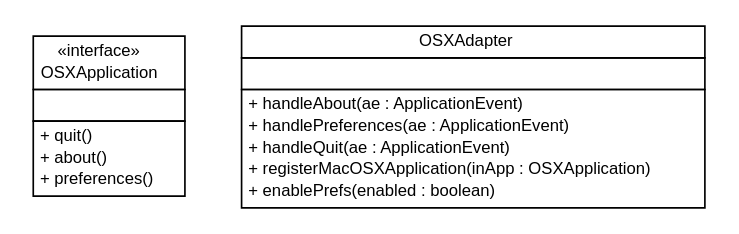
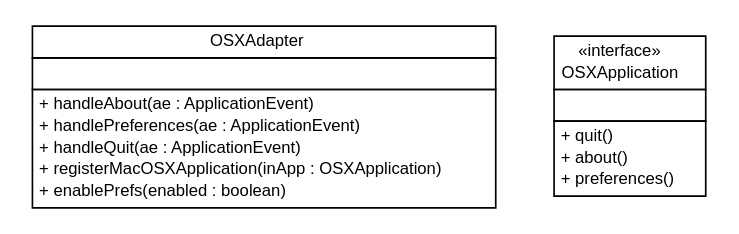
The diagram in apidocs/sorcer/ssb/osx/sorcer.ssb.osx.dot (sorcersoft/sorcersoft.github.io), drawn with Graphviz before and after one commit. The commit also changed 5034 other files, not shown here.

```diff
--- a/apidocs/sorcer/ssb/osx/sorcer.ssb.osx.dot
+++ b/apidocs/sorcer/ssb/osx/sorcer.ssb.osx.dot
@@ -1,43 +1,43 @@
 #!/usr/local/bin/dot
 #
 # Class diagram 
 # Generated by UMLGraph version R5_6 (http://www.umlgraph.org/)
 #
 
 digraph G {
 	edge [fontname="Helvetica",fontsize=10,labelfontname="Helvetica",labelfontsize=10];
 	node [fontname="Helvetica",fontsize=10,shape=plaintext];
 	nodesep=0.25;
 	ranksep=0.5;
-	// sorcer.ssb.osx.OSXApplication
-	c57179 [label=<<table title="sorcer.ssb.osx.OSXApplication" border="0" cellborder="1" cellspacing="0" cellpadding="2" port="p" href="./OSXApplication.html">
-		<tr><td><table border="0" cellspacing="0" cellpadding="1">
-<tr><td align="center" balign="center"> &#171;interface&#187; </td></tr>
-<tr><td align="center" balign="center"> OSXApplication </td></tr>
-		</table></td></tr>
-		<tr><td><table border="0" cellspacing="0" cellpadding="1">
-<tr><td align="left" balign="left">  </td></tr>
-		</table></td></tr>
-		<tr><td><table border="0" cellspacing="0" cellpadding="1">
-<tr><td align="left" balign="left"> + quit() </td></tr>
-<tr><td align="left" balign="left"> + about() </td></tr>
-<tr><td align="left" balign="left"> + preferences() </td></tr>
-		</table></td></tr>
-		</table>>, URL="./OSXApplication.html", fontname="Helvetica", fontcolor="black", fontsize=10.0];
 	// sorcer.ssb.osx.OSXAdapter
-	c57180 [label=<<table title="sorcer.ssb.osx.OSXAdapter" border="0" cellborder="1" cellspacing="0" cellpadding="2" port="p" href="./OSXAdapter.html">
+	c64398 [label=<<table title="sorcer.ssb.osx.OSXAdapter" border="0" cellborder="1" cellspacing="0" cellpadding="2" port="p" href="./OSXAdapter.html">
 		<tr><td><table border="0" cellspacing="0" cellpadding="1">
 <tr><td align="center" balign="center"> OSXAdapter </td></tr>
 		</table></td></tr>
 		<tr><td><table border="0" cellspacing="0" cellpadding="1">
 <tr><td align="left" balign="left">  </td></tr>
 		</table></td></tr>
 		<tr><td><table border="0" cellspacing="0" cellpadding="1">
 <tr><td align="left" balign="left"> + handleAbout(ae : ApplicationEvent) </td></tr>
 <tr><td align="left" balign="left"> + handlePreferences(ae : ApplicationEvent) </td></tr>
 <tr><td align="left" balign="left"> + handleQuit(ae : ApplicationEvent) </td></tr>
 <tr><td align="left" balign="left"> + registerMacOSXApplication(inApp : OSXApplication) </td></tr>
 <tr><td align="left" balign="left"> + enablePrefs(enabled : boolean) </td></tr>
 		</table></td></tr>
 		</table>>, URL="./OSXAdapter.html", fontname="Helvetica", fontcolor="black", fontsize=10.0];
+	// sorcer.ssb.osx.OSXApplication
+	c64399 [label=<<table title="sorcer.ssb.osx.OSXApplication" border="0" cellborder="1" cellspacing="0" cellpadding="2" port="p" href="./OSXApplication.html">
+		<tr><td><table border="0" cellspacing="0" cellpadding="1">
+<tr><td align="center" balign="center"> &#171;interface&#187; </td></tr>
+<tr><td align="center" balign="center"> OSXApplication </td></tr>
+		</table></td></tr>
+		<tr><td><table border="0" cellspacing="0" cellpadding="1">
+<tr><td align="left" balign="left">  </td></tr>
+		</table></td></tr>
+		<tr><td><table border="0" cellspacing="0" cellpadding="1">
+<tr><td align="left" balign="left"> + quit() </td></tr>
+<tr><td align="left" balign="left"> + about() </td></tr>
+<tr><td align="left" balign="left"> + preferences() </td></tr>
+		</table></td></tr>
+		</table>>, URL="./OSXApplication.html", fontname="Helvetica", fontcolor="black", fontsize=10.0];
 }
```
